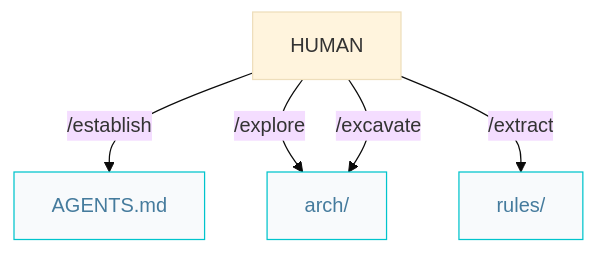
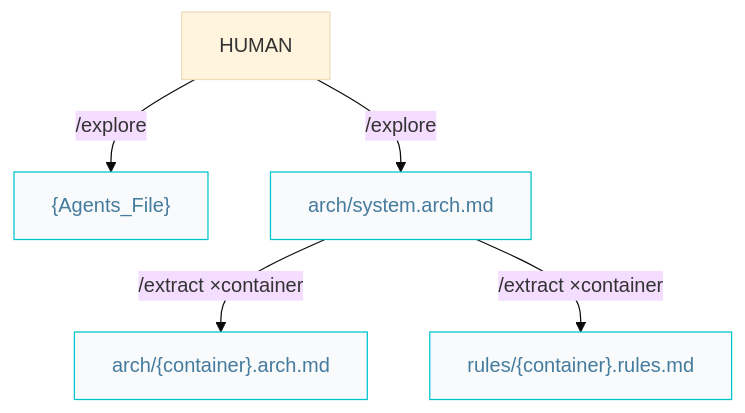
The diagram in docs/architect.pipelines.md (AIDDbot/AIDDbot), drawn with Mermaid (base theme) before and after one commit. The commit also changed other lines of this file and 10 other files, not shown here.

````diff
--- a/docs/architect.pipelines.md
+++ b/docs/architect.pipelines.md
@@ -7,14 +7,15 @@
 ```mermaid
 flowchart TD  
   HUM[HUMAN]
-  AGT["AGENTS.md"]:::nd
-  ARC["arch/"]:::nd
-  RUL["rules/"]:::nd
+  AGT["{Agents_File}"]:::nd
+  ARC["arch/system.arch.md"]:::nd
+  CAR["arch/{container}.arch.md"]:::nd
+  RUL["rules/{container}.rules.md"]:::nd
 
-  HUM -->|/establish| AGT
+  HUM -->|/explore| AGT
   HUM -->|/explore| ARC
-  HUM -->|/excavate| ARC
-  HUM -->|/extract| RUL
+  ARC -->|/extract ×container| CAR
+  ARC -->|/extract ×container| RUL
 
   classDef nd fill:#f8fafc,stroke:#00c4cc,color:#457b9d
 ```
````
